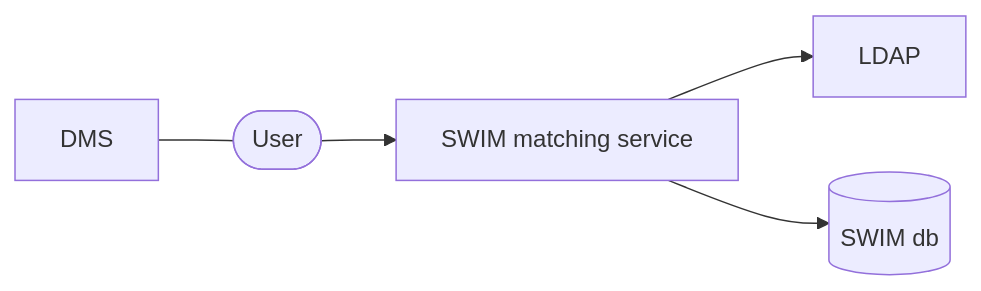
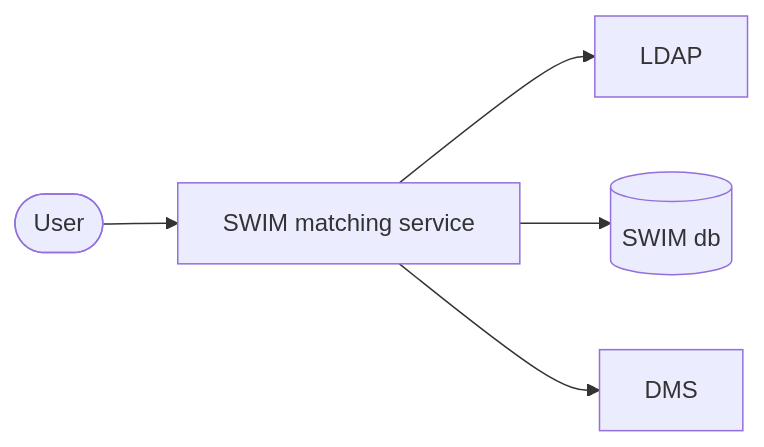
The diagram in matching-service/README.md (it-at-m/swim), drawn with Mermaid before and after one commit. The commit also changed other lines of this file and 29 other files, not shown here.

First line of the commit message:
feat(matching): import from dms (#179)

````diff
--- a/matching-service/README.md
+++ b/matching-service/README.md
@@ -13,12 +13,7 @@
 ```mermaid
 flowchart LR
-    dms[DMS]
-    u([User])
-    s[SWIM matching service]
-    l[LDAP]
-    db[(SWIM db)]
-    dms --- u
-    u --> s
-    s --> l
-    s --> db
+    u([User]) --> s[SWIM matching service]
+    s --> LDAP
+    s --> db[(SWIM db)]
+    s --> DMS
 ```
````
